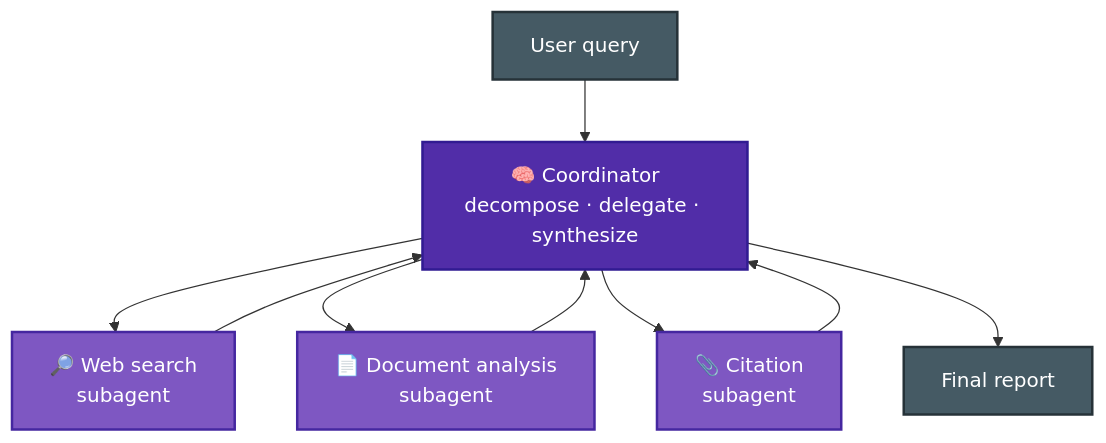
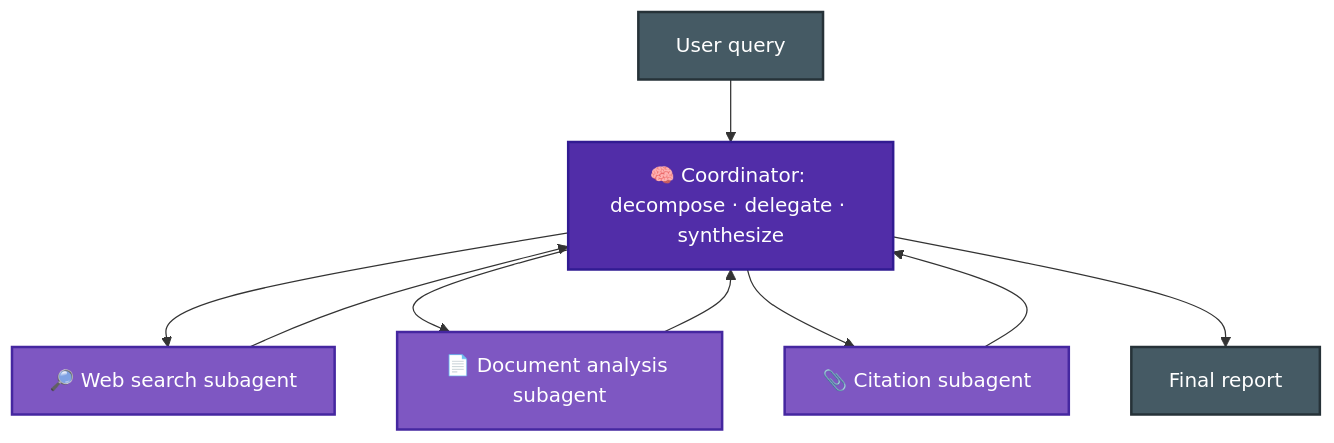
The second of 8 diagrams in CCA-F/domains/d1-agentic-architecture.md (parmar-m/claude-architect-certification-prep), drawn with Mermaid before and after one commit. The commit also changed other lines of this file and 25 other files, not shown here.

````diff
--- a/CCA-F/domains/d1-agentic-architecture.md
+++ b/CCA-F/domains/d1-agentic-architecture.md
@@ -72,17 +72,17 @@
 ```mermaid
 flowchart TD
-    Q[User query] --> CO["🧠 Coordinator<br/>decompose · delegate · synthesize"]
-    CO --> S1["🔎 Web search<br/>subagent"]
-    CO --> S2["📄 Document analysis<br/>subagent"]
+    Q[User query] --> CO["🧠 Coordinator: decompose · delegate · synthesize"]
+    CO --> S1["🔎 Web search subagent"]
+    CO --> S2["📄 Document analysis subagent"]
     S1 --> CO
     S2 --> CO
-    CO --> S3["📎 Citation<br/>subagent"]
+    CO --> S3["📎 Citation subagent"]
     S3 --> CO
     CO --> R[Final report]
     classDef co fill:#512DA8,color:#fff,stroke:#311B92,stroke-width:2px
     classDef sub fill:#7E57C2,color:#fff,stroke:#4527A0,stroke-width:2px
     classDef io fill:#455A64,color:#fff,stroke:#263238,stroke-width:2px
     class CO co
     class S1,S2,S3 sub
     class Q,R io
 ```
````
